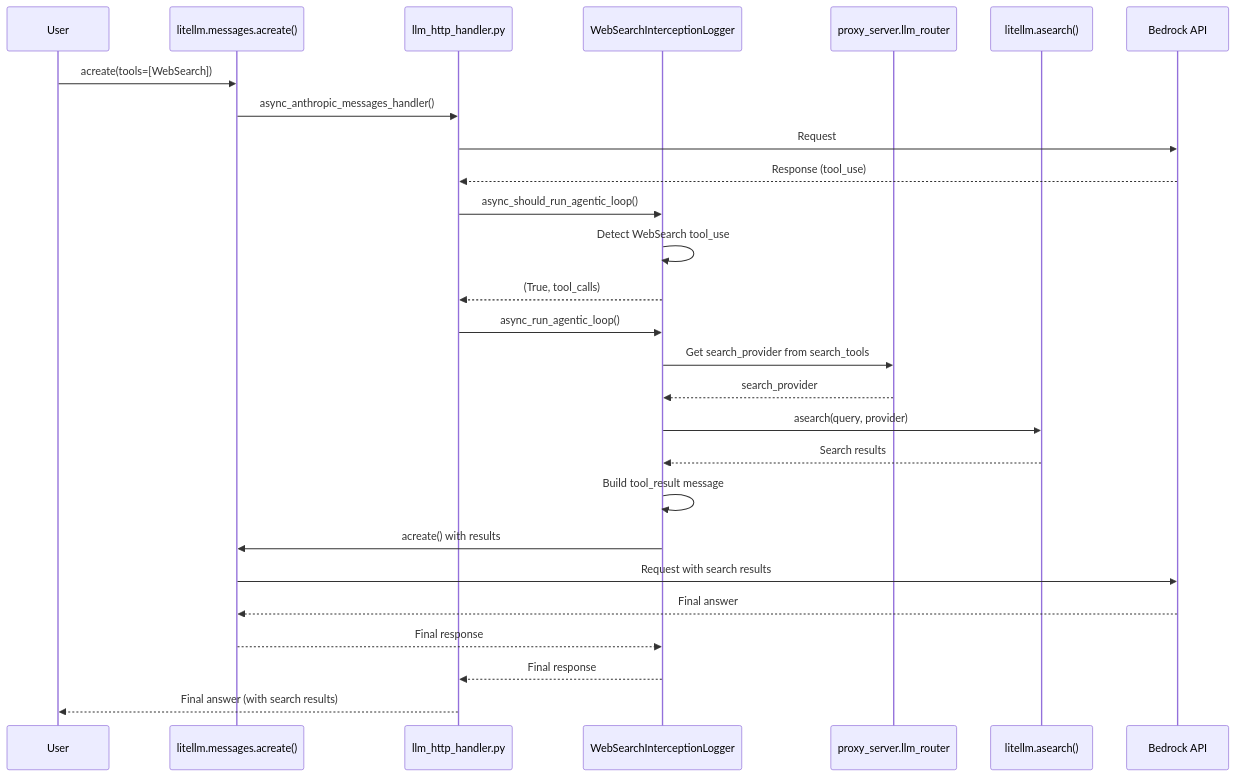
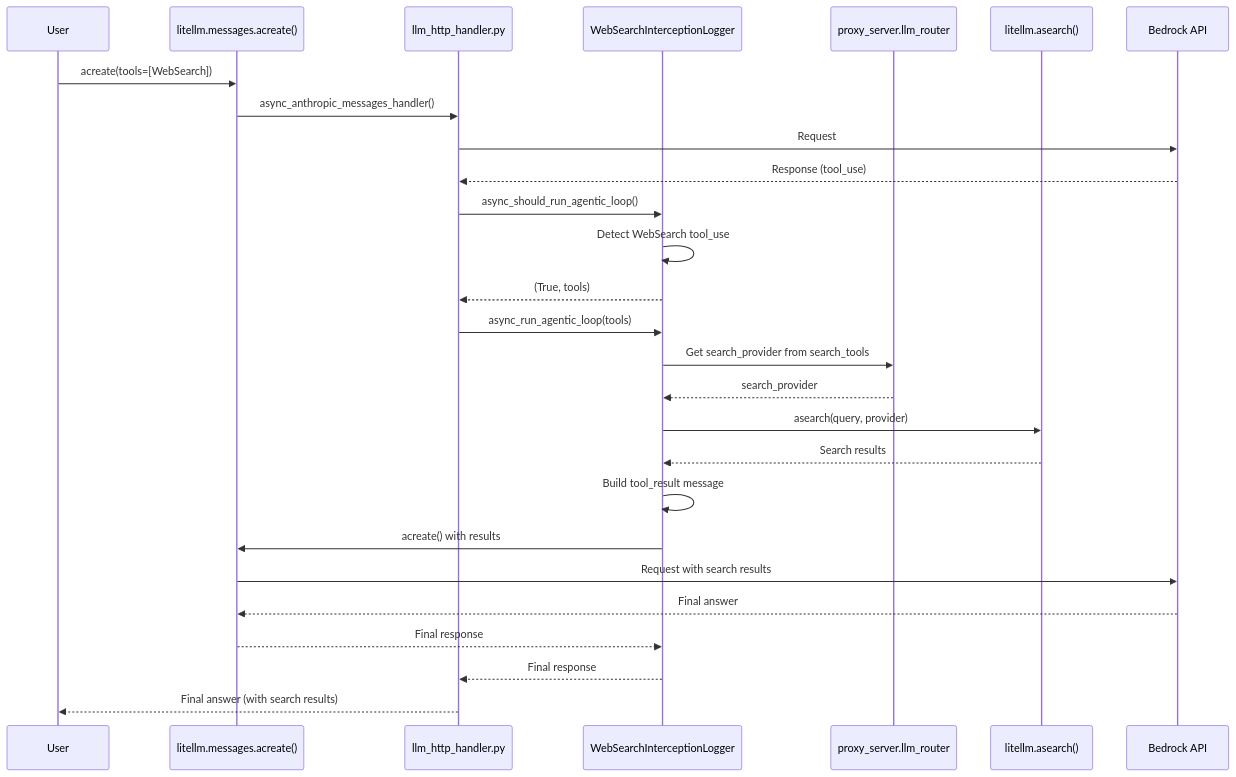
One commit to BerriAI/litellm changed the diagram in litellm/integrations/websearch_interception/ARCHITECTURE.md. Above: the diagram before and after it, drawn with Mermaid. The commit also changed other lines of this file and 1 other file, not shown here.

Commit message:
WebSearch Interception Architecture

````diff
--- a/litellm/integrations/websearch_interception/ARCHITECTURE.md
+++ b/litellm/integrations/websearch_interception/ARCHITECTURE.md
@@ -26,30 +26,30 @@
 ```mermaid
 sequenceDiagram
     participant User
     participant Messages as litellm.messages.acreate()
     participant Handler as llm_http_handler.py
     participant Logger as WebSearchInterceptionLogger
     participant Router as proxy_server.llm_router
     participant Search as litellm.asearch()
     participant Provider as Bedrock API
 
     User->>Messages: acreate(tools=[WebSearch])
     Messages->>Handler: async_anthropic_messages_handler()
     Handler->>Provider: Request
     Provider-->>Handler: Response (tool_use)
     Handler->>Logger: async_should_run_agentic_loop()
     Logger->>Logger: Detect WebSearch tool_use
-    Logger-->>Handler: (True, tool_calls)
-    Handler->>Logger: async_run_agentic_loop()
+    Logger-->>Handler: (True, tools)
+    Handler->>Logger: async_run_agentic_loop(tools)
     Logger->>Router: Get search_provider from search_tools
     Router-->>Logger: search_provider
     Logger->>Search: asearch(query, provider)
     Search-->>Logger: Search results
     Logger->>Logger: Build tool_result message
     Logger->>Messages: acreate() with results
     Messages->>Provider: Request with search results
     Provider-->>Messages: Final answer
     Messages-->>Logger: Final response
     Logger-->>Handler: Final response
     Handler-->>User: Final answer (with search results)
 ```
````
